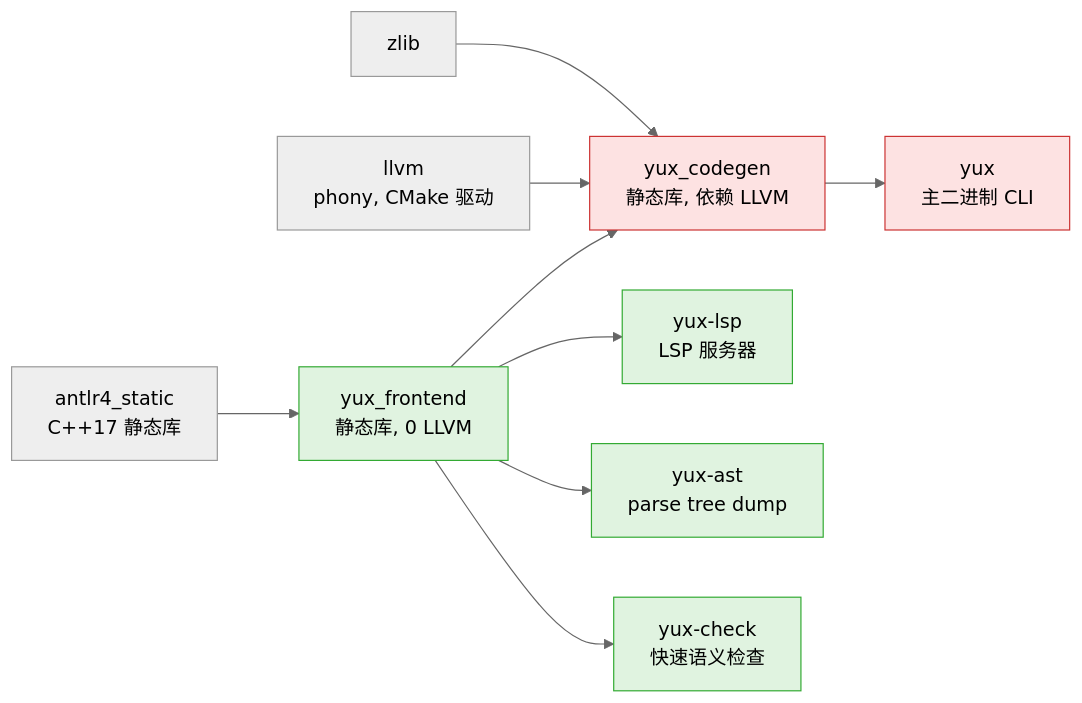
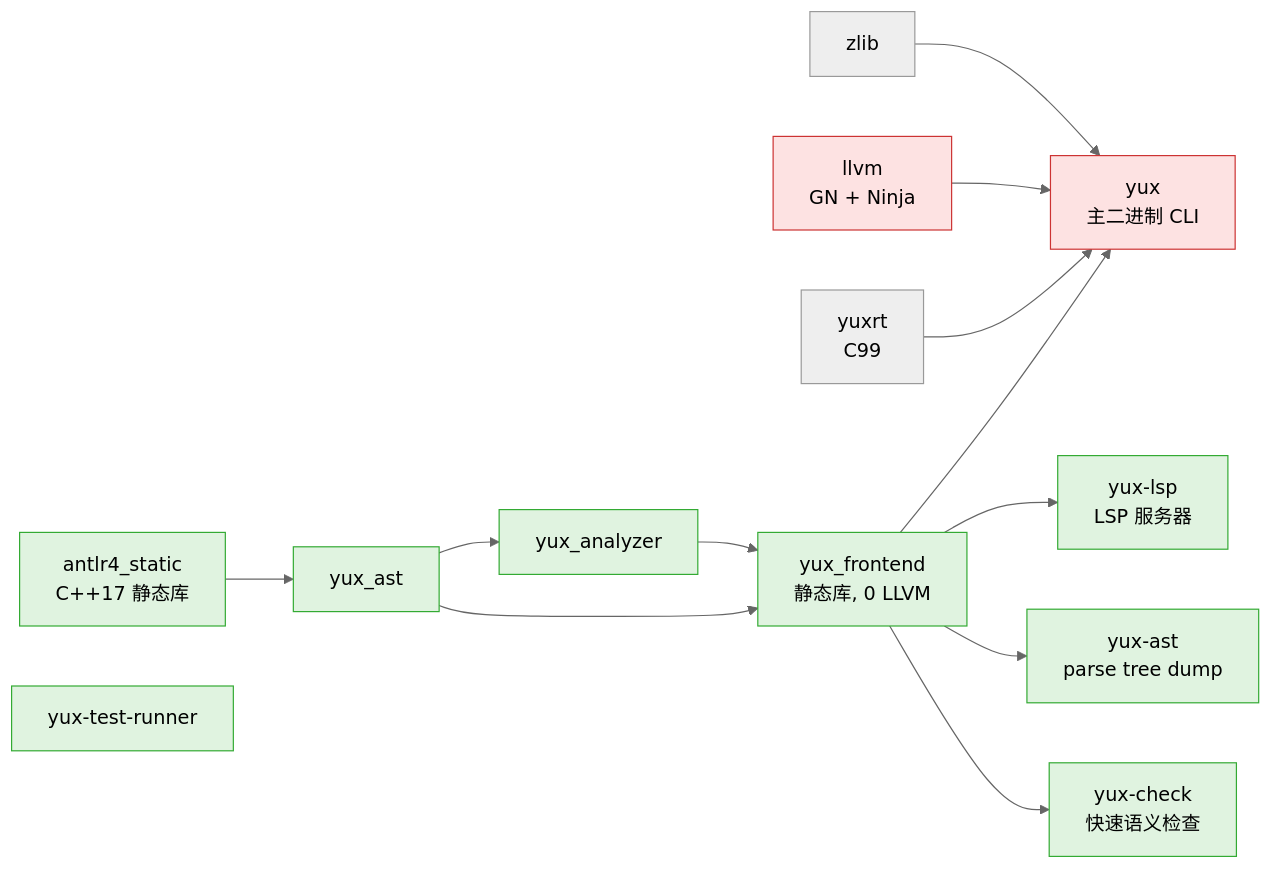
The first of 6 diagrams in yux.md (riu-lang/riu), drawn with Mermaid (neutral theme) before and after one commit. The commit also changed other lines of this file and 46 other files, not shown here.

````diff
--- a/yux.md
+++ b/yux.md
@@ -11,29 +11,34 @@
 ```mermaid
 graph LR
     antlr[antlr4_static<br/>C++17 静态库]
     zlib[zlib]
-    llvm[llvm<br/>phony, CMake 驱动]
+    llvm[llvm<br/>GN + Ninja]
+    astlib[yux_ast]
+    analyzer[yux_analyzer]
+    rt[yuxrt<br/>C99]
 
     frontend[yux_frontend<br/>静态库, 0 LLVM]
-    codegen[yux_codegen<br/>静态库, 依赖 LLVM]
 
     yux[yux<br/>主二进制 CLI]
     lsp[yux-lsp<br/>LSP 服务器]
     ast[yux-ast<br/>parse tree dump]
     check[yux-check<br/>快速语义检查]
+    runner[yux-test-runner]
 
-    antlr --> frontend
-    frontend --> codegen
-    zlib --> codegen
-    llvm --> codegen
-
-    codegen --> yux
+    antlr --> astlib
+    astlib --> analyzer
+    astlib --> frontend
+    analyzer --> frontend
+    frontend --> yux
+    zlib --> yux
+    llvm --> yux
+    rt --> yux
     frontend --> lsp
     frontend --> ast
     frontend --> check
 
     classDef nollvm fill:#e0f3e0,stroke:#3a3
     classDef llvmDep fill:#fde2e2,stroke:#c33
-    class frontend,lsp,ast,check nollvm
-    class codegen,yux llvmDep
+    class frontend,lsp,ast,check,astlib,analyzer,antlr,runner nollvm
+    class llvm,yux llvmDep
 ```
````
